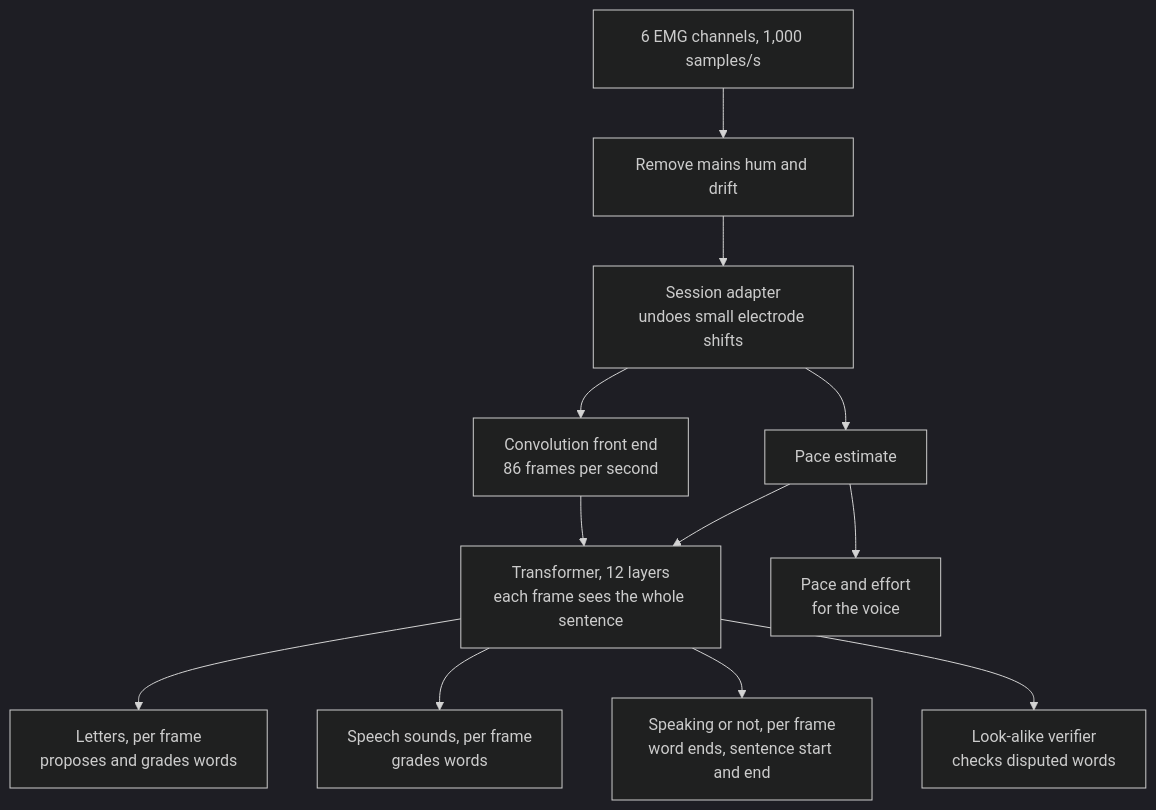
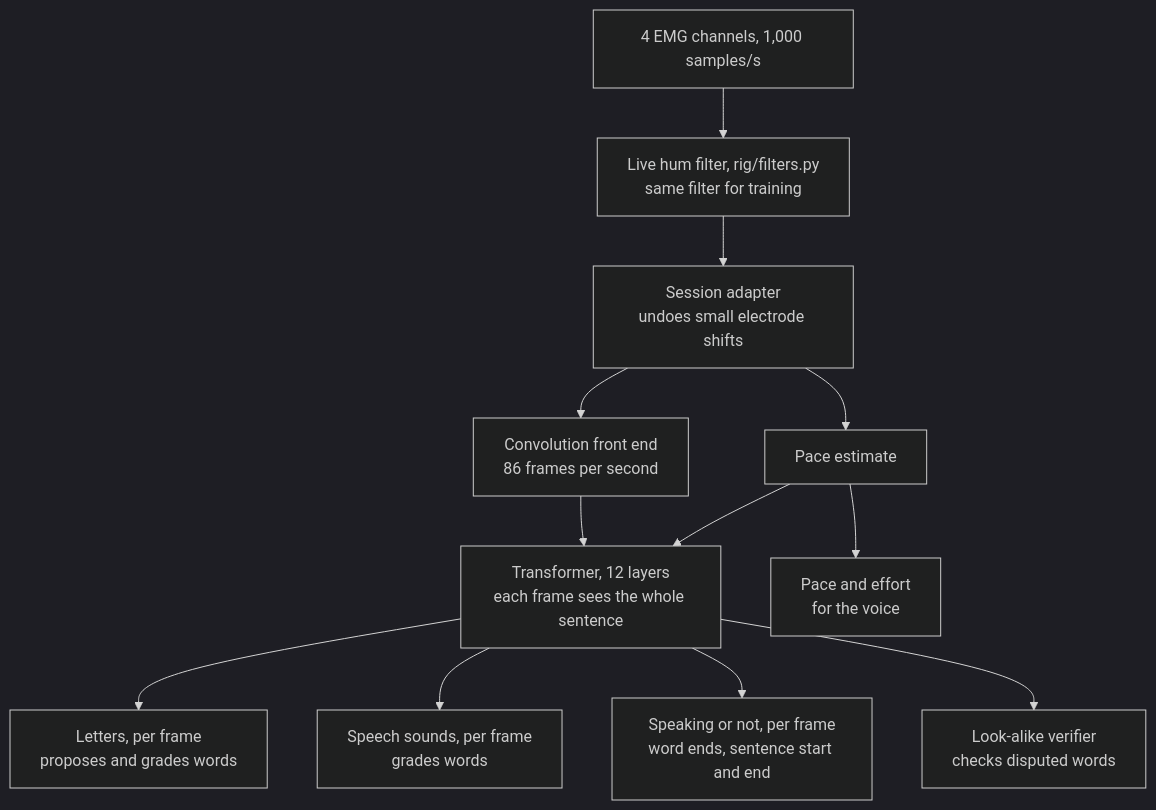
Before and after one commit to thaimtl/Reclaim: the second of 3 diagrams in docs/ARCHITECTURE.md, drawn with Mermaid (dark theme). The commit also changed other lines of this file and 10 other files, not shown here.

First line of the commit message:
docs: switch to 4 EMG channels, battery only, one filter everywhere

````diff
--- a/docs/ARCHITECTURE.md
+++ b/docs/ARCHITECTURE.md
@@ -88,14 +88,14 @@
 ```mermaid
 flowchart TD
-    raw["6 EMG channels, 1,000 samples/s"] --> filt["Remove mains hum and drift"]
+    raw["4 EMG channels, 1,000 samples/s"] --> filt["Live hum filter, rig/filters.py<br/>same filter for training"]
     filt --> adapt["Session adapter<br/>undoes small electrode shifts"]
     adapt --> conv["Convolution front end<br/>86 frames per second"]
     adapt --> rate["Pace estimate"]
     rate --> tf
     conv --> tf["Transformer, 12 layers<br/>each frame sees the whole sentence"]
     tf --> letters["Letters, per frame<br/>proposes and grades words"]
     tf --> phones["Speech sounds, per frame<br/>grades words"]
     tf --> act["Speaking or not, per frame<br/>word ends, sentence start and end"]
     tf --> verif["Look-alike verifier<br/>checks disputed words"]
     rate --> pros["Pace and effort<br/>for the voice"]
 ```
````
